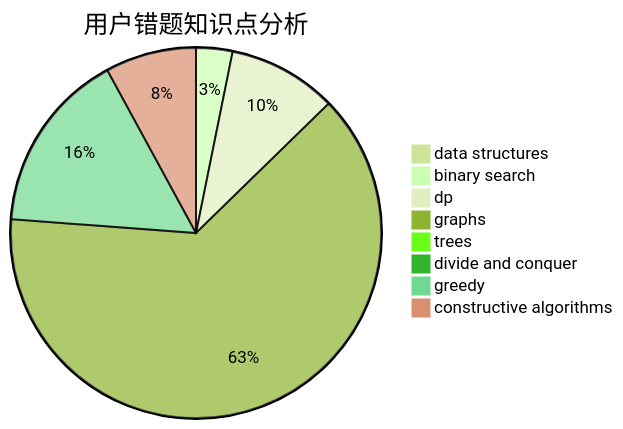
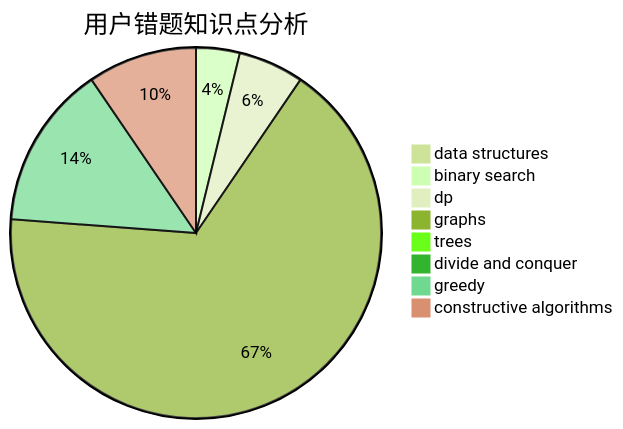
The third of 3 diagrams in docs/user/u1149.md (sherpahu/cfrs.github.io), drawn with Mermaid (forest theme) before and after one commit. The commit also changed other lines of this file and 2770 other files, not shown here.

````diff
--- a/docs/user/u1149.md
+++ b/docs/user/u1149.md
@@ -36,11 +36,11 @@
 ```mermaid
 pie title 用户错题知识点分析
     "data structures" :  0
-    "binary search" :  2
+    "binary search" :  4
     "dp" :  6
-    "graphs" :  40
+    "graphs" :  70
     "trees" :  0
     "divide and conquer" :  0
-    "greedy" :  10
-    "constructive algorithms" :  5
+    "greedy" :  15
+    "constructive algorithms" :  10
 ```
````
